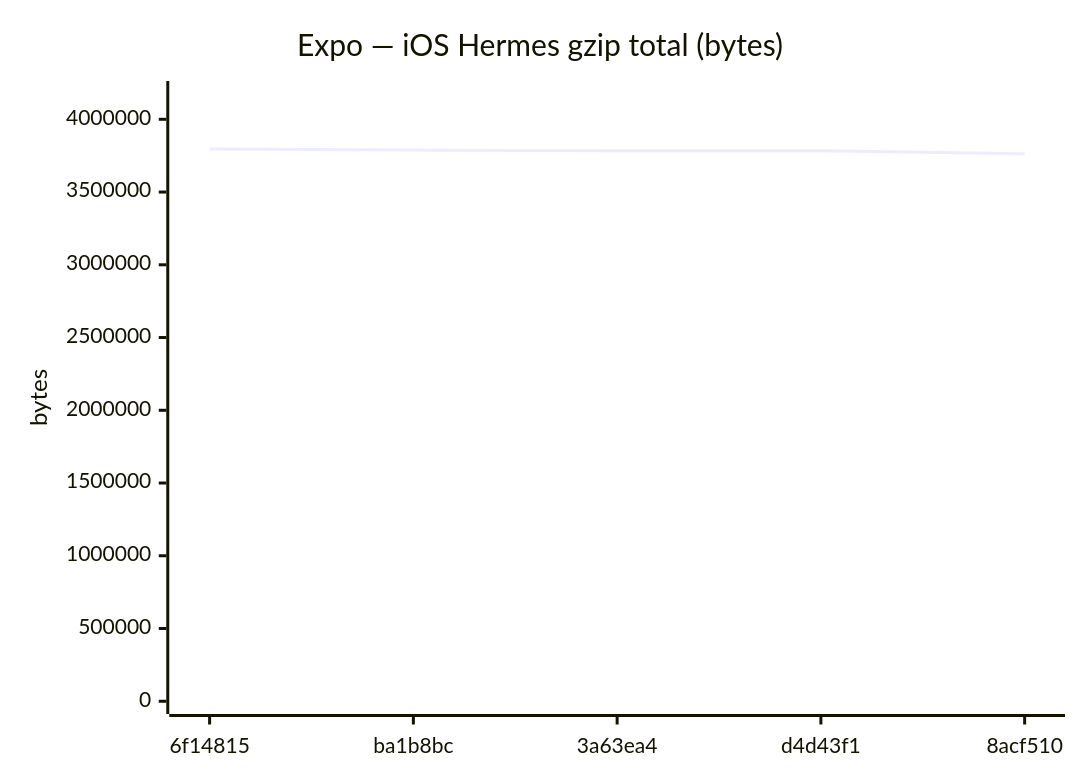
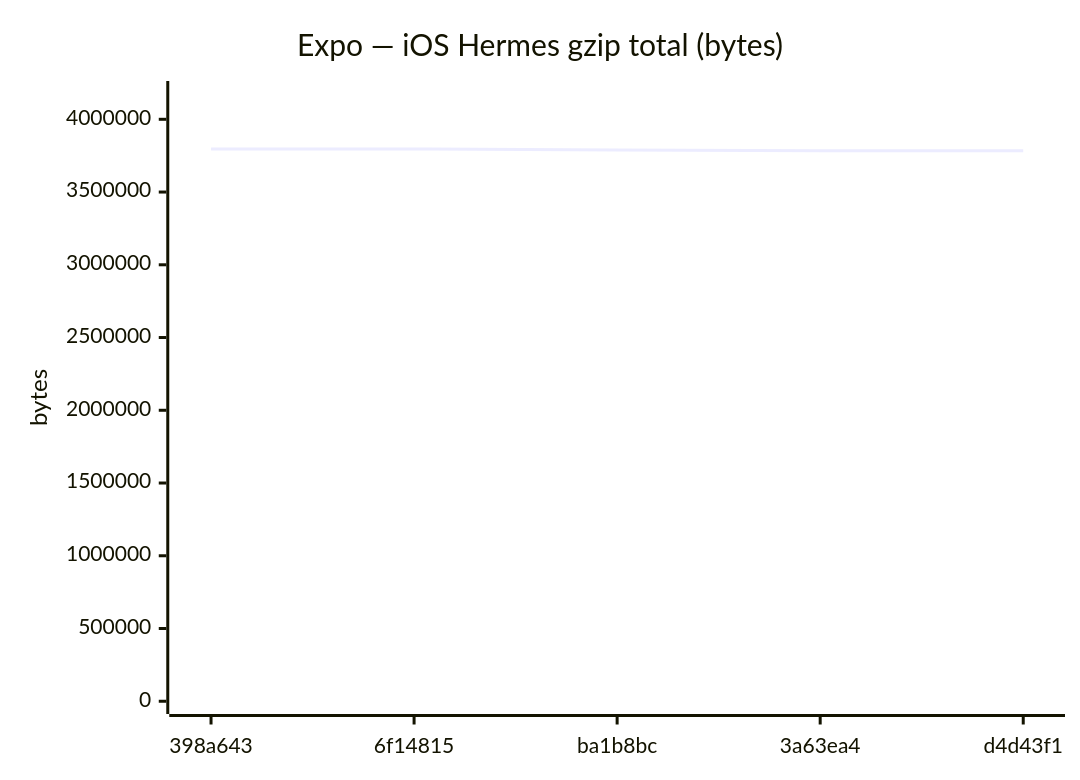
One commit to Metaheurist/Rianell changed diagram 12 of 18 in benchmarks/compare.md. Above: the diagram before and after it, drawn with Mermaid. The commit also changed other lines of this file and 11 other files, not shown here.

````diff
--- a/benchmarks/compare.md
+++ b/benchmarks/compare.md
@@ -179,7 +179,7 @@
 ```mermaid
 xychart-beta
     title "Expo — iOS Hermes gzip total (bytes)"
-    x-axis ["6f14815", "ba1b8bc", "3a63ea4", "d4d43f1", "8acf510"]
+    x-axis ["398a643", "6f14815", "ba1b8bc", "3a63ea4", "d4d43f1"]
     y-axis "bytes" 0 --> 4175606
-    line [3796005, 3788525, 3783517, 3783520, 3762734]
+    line [3796002, 3796005, 3788525, 3783517, 3783520]
 ```
````
